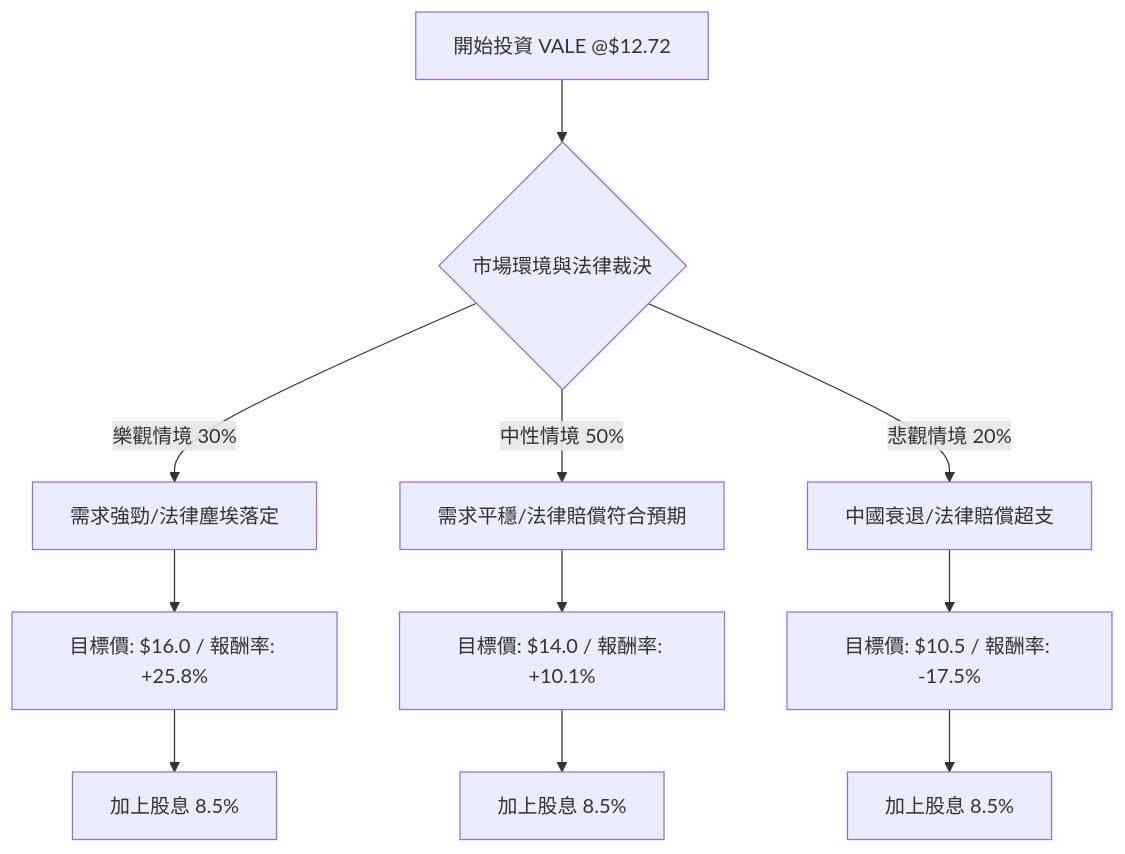
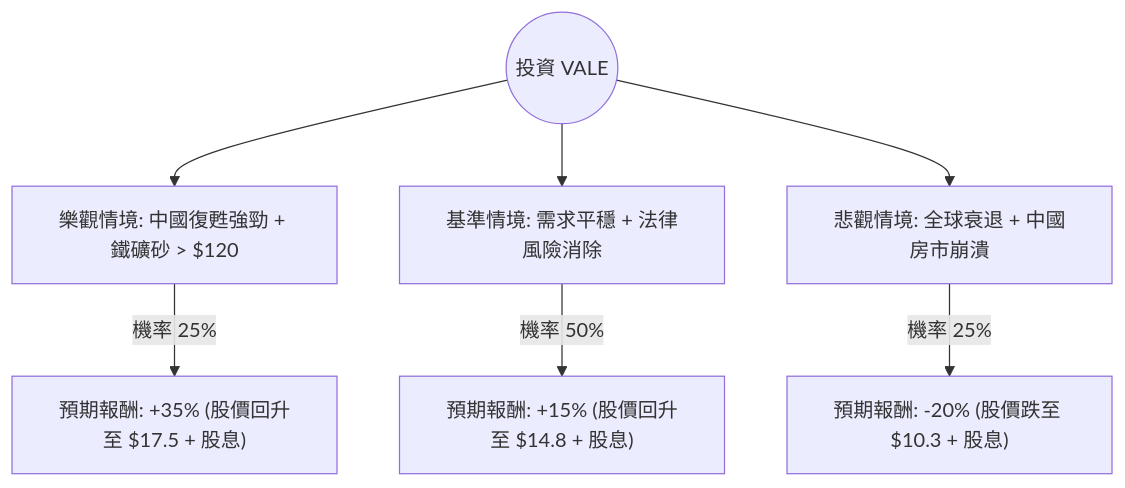
The diagram in plugin-react/ai-analysis/ev-analysis/VALE.md (zmcx16/zmcx16.github.io), drawn with Mermaid before and after one commit. The commit also changed other lines of this file and 81 other files, not shown here.

````diff
--- a/plugin-react/ai-analysis/ev-analysis/VALE.md
+++ b/plugin-react/ai-analysis/ev-analysis/VALE.md
@@ -18,16 +23,10 @@
 ```mermaid
 graph TD
-    A[開始投資 VALE @$12.72] --> B{市場環境與法律裁決}
-    
-    B -- 樂觀情境 30% --> C[需求強勁/法律塵埃落定]
-    B -- 中性情境 50% --> D[需求平穩/法律賠償符合預期]
-    B -- 悲觀情境 20% --> E[中國衰退/法律賠償超支]
+    Start((投資 VALE)) --> Bull[樂觀情境: 中國復甦強勁 + 鐵礦砂 > $120]
+    Start --> Base[基準情境: 需求平穩 + 法律風險消除]
+    Start --> Bear[悲觀情境: 全球衰退 + 中國房市崩潰]
 
-    C --> C1[目標價: $16.0 / 報酬率: +25.8%]
-    D --> D1[目標價: $14.0 / 報酬率: +10.1%]
-    E --> E1[目標價: $10.5 / 報酬率: -17.5%]
-
-    C1 --> C2[加上股息 8.5%]
-    D1 --> D2[加上股息 8.5%]
-    E1 --> E2[加上股息 8.5%]
+    Bull -- "機率 25%" --> BullResult["預期報酬: +35% (股價回升至 $17.5 + 股息)"]
+    Base -- "機率 50%" --> BaseResult["預期報酬: +15% (股價回升至 $14.8 + 股息)"]
+    Bear -- "機率 25%" --> BearResult["預期報酬: -20% (股價跌至 $10.3 + 股息)"]
 ```
````
